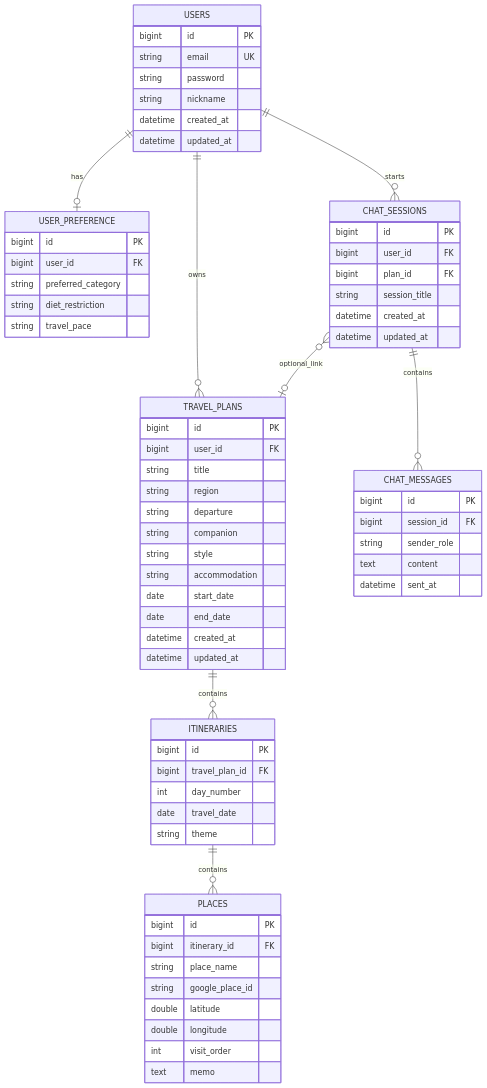
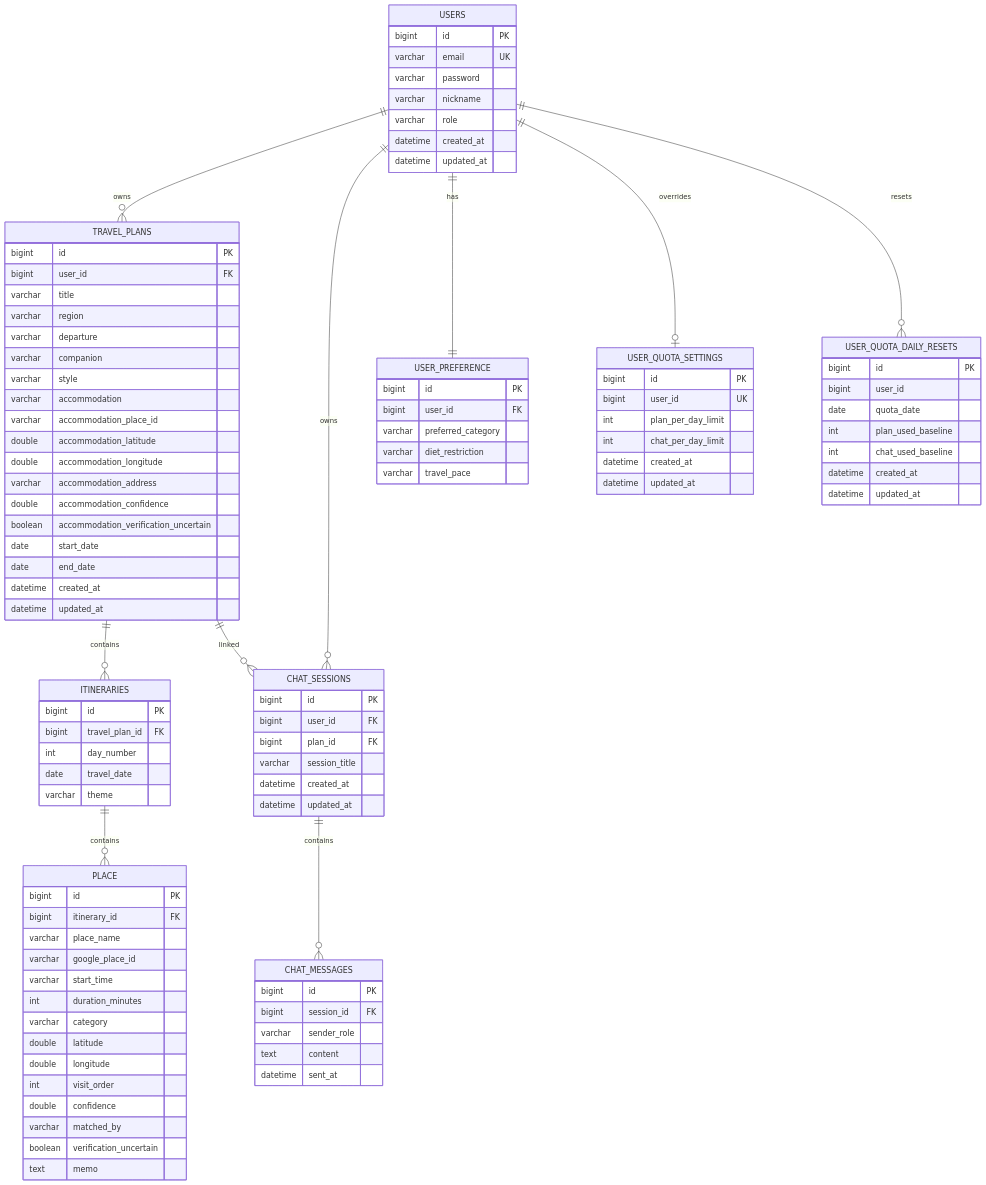
Before and after one commit to KHSBE/KHSBE-AIT: the diagram in docs/erd.md, drawn with Mermaid. The commit also changed other lines of this file and 6 other files, not shown here.

````diff
--- a/docs/erd.md
+++ b/docs/erd.md
@@ -5,80 +5,113 @@
 ```mermaid
 erDiagram
-    USERS ||--o| USER_PREFERENCE : has
     USERS ||--o{ TRAVEL_PLANS : owns
-    USERS ||--o{ CHAT_SESSIONS : starts
+    USERS ||--o{ CHAT_SESSIONS : owns
+    USERS ||--|| USER_PREFERENCE : has
+    USERS ||--o| USER_QUOTA_SETTINGS : overrides
+    USERS ||--o{ USER_QUOTA_DAILY_RESETS : resets
 
     TRAVEL_PLANS ||--o{ ITINERARIES : contains
-    ITINERARIES ||--o{ PLACES : contains
-
+    ITINERARIES ||--o{ PLACE : contains
+    TRAVEL_PLANS ||--o{ CHAT_SESSIONS : linked
     CHAT_SESSIONS ||--o{ CHAT_MESSAGES : contains
-    CHAT_SESSIONS }o--o| TRAVEL_PLANS : optional_link
 
     USERS {
-      bigint id PK
-      string email UK
-      string password
-      string nickname
-      datetime created_at
-      datetime updated_at
+        bigint id PK
+        varchar email UK
+        varchar password
+        varchar nickname
+        varchar role
+        datetime created_at
+        datetime updated_at
     }
 
     USER_PREFERENCE {
-      bigint id PK
-      bigint user_id FK
-      string preferred_category
-      string diet_restriction
-      string travel_pace
+        bigint id PK
+        bigint user_id FK
+        varchar preferred_category
+        varchar diet_restriction
+        varchar travel_pace
     }
 
     TRAVEL_PLANS {
-      bigint id PK
-      bigint user_id FK
-      string title
-      string region
-      string departure
-      string companion
-      string style
-      string accommodation
-      date start_date
-      date end_date
-      datetime created_at
-      datetime updated_at
+        bigint id PK
+        bigint user_id FK
+        varchar title
+        varchar region
+        varchar departure
+        varchar companion
+        varchar style
+        varchar accommodation
+        varchar accommodation_place_id
+        double accommodation_latitude
+        double accommodation_longitude
+        varchar accommodation_address
+        double accommodation_confidence
+        boolean accommodation_verification_uncertain
+        date start_date
+        date end_date
+        datetime created_at
+        datetime updated_at
     }
 
     ITINERARIES {
-      bigint id PK
-      bigint travel_plan_id FK
-      int day_number
-      date travel_date
-      string theme
+        bigint id PK
+        bigint travel_plan_id FK
+        int day_number
+        date travel_date
+        varchar theme
     }
 
-    PLACES {
-      bigint id PK
-      bigint itinerary_id FK
-      string place_name
-      string google_place_id
-      double latitude
-      double longitude
-      int visit_order
-      text memo
+    PLACE {
+        bigint id PK
+        bigint itinerary_id FK
+        varchar place_name
+        varchar google_place_id
+        varchar start_time
+        int duration_minutes
+        varchar category
+        double latitude
+        double longitude
+        int visit_order
+        double confidence
+        varchar matched_by
+        boolean verification_uncertain
+        text memo
     }
 
     CHAT_SESSIONS {
-      bigint id PK
-      bigint user_id FK
-      bigint plan_id FK
-      string session_title
-      datetime created_at
-      datetime updated_at
+        bigint id PK
+        bigint user_id FK
+        bigint plan_id FK
+        varchar session_title
+        datetime created_at
+        datetime updated_at
     }
 
     CHAT_MESSAGES {
-      bigint id PK
-      bigint session_id FK
-      string sender_role
-      text content
-      datetime sent_at
+        bigint id PK
+        bigint session_id FK
+        varchar sender_role
+        text content
+        datetime sent_at
+    }
+
+    USER_QUOTA_SETTINGS {
+        bigint id PK
+        bigint user_id UK
+        int plan_per_day_limit
+        int chat_per_day_limit
+        datetime created_at
+        datetime updated_at
+    }
+
+    USER_QUOTA_DAILY_RESETS {
+        bigint id PK
+        bigint user_id
+        date quota_date
+        int plan_used_baseline
+        int chat_used_baseline
+        datetime created_at
+        datetime updated_at
     }
 ```
````
